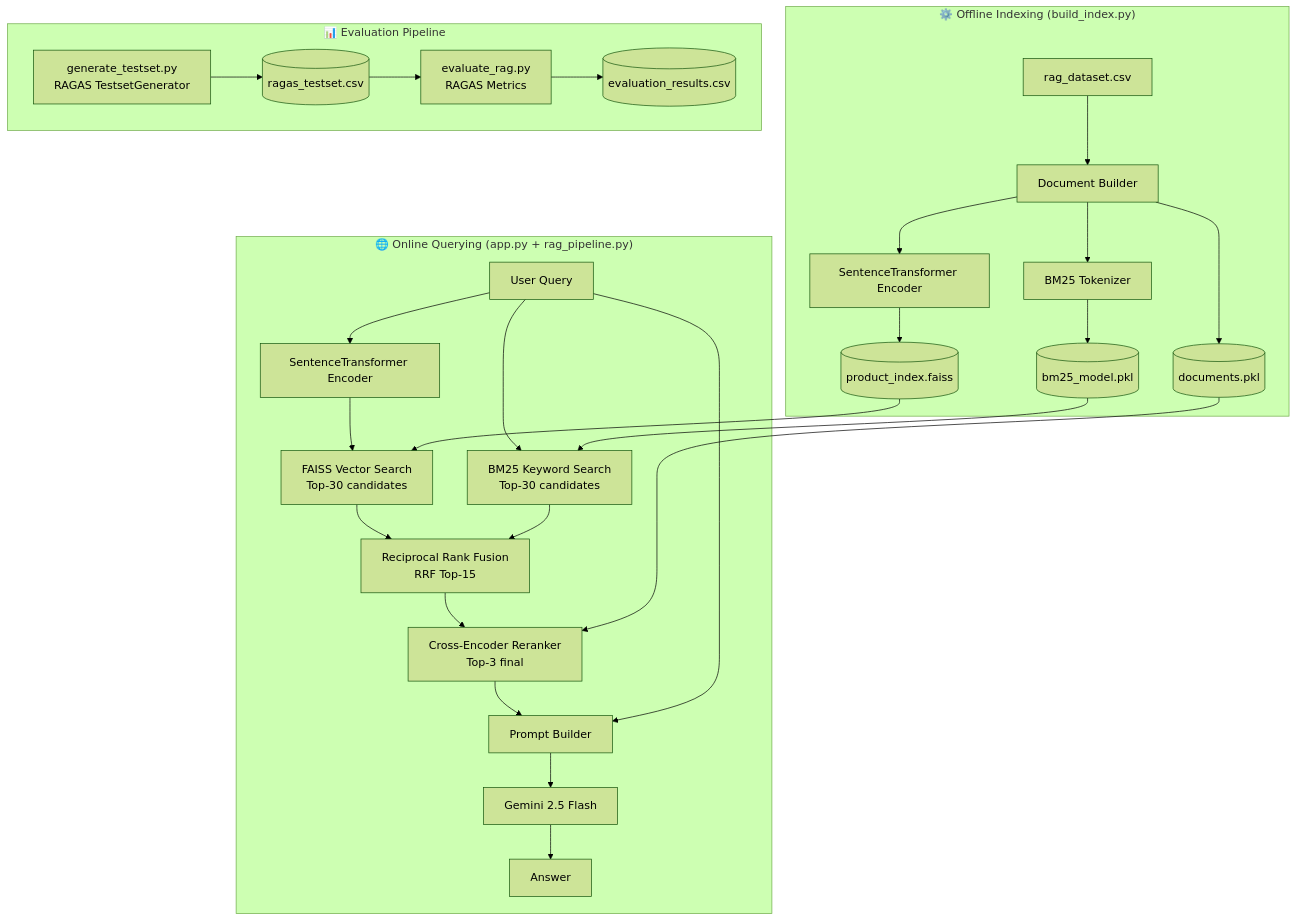
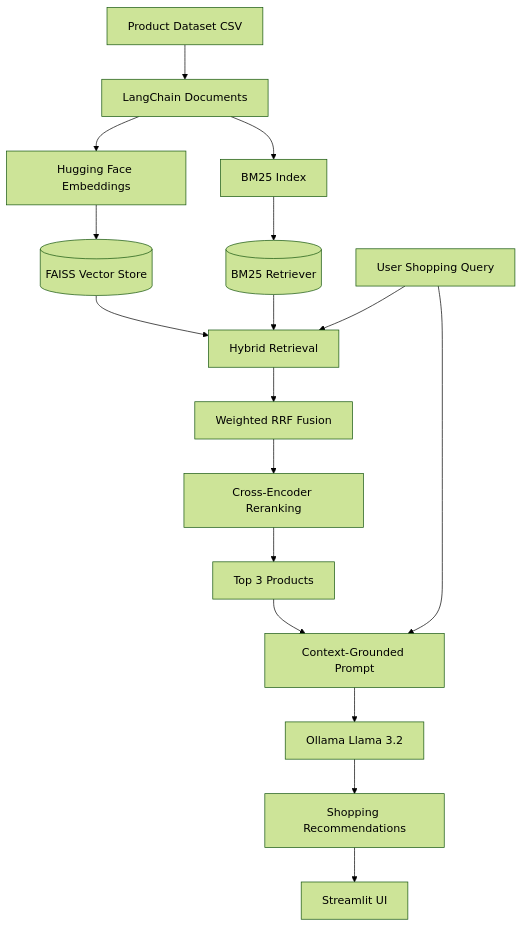
The diagram in README.md (madhu9463/Ai-shopping_assistant), drawn with Mermaid (forest theme) before and after one commit. The commit also changed other lines of this file and 8 other files, not shown here.

````diff
--- a/README.md
+++ b/README.md
@@ -24,34 +30,20 @@
 ```mermaid
 flowchart TD
-    subgraph OFFLINE ["⚙️ Offline Indexing (build_index.py)"]
-        A[rag_dataset.csv] --> B[Document Builder]
-        B --> C[SentenceTransformer Encoder]
-        B --> D[BM25 Tokenizer]
-        C --> E[(product_index.faiss)]
-        D --> F[(bm25_model.pkl)]
-        B --> G[(documents.pkl)]
-    end
+    A[Product Dataset CSV] --> B[LangChain Documents]
+    B --> C[Hugging Face Embeddings]
+    B --> D[BM25 Index]
+    C --> E[(FAISS Vector Store)]
+    D --> F[(BM25 Retriever)]
 
-    subgraph ONLINE ["🌐 Online Querying (app.py + rag_pipeline.py)"]
-        H[User Query] --> I[SentenceTransformer Encoder]
-        I --> J[FAISS Vector Search\nTop-30 candidates]
-        H --> K[BM25 Keyword Search\nTop-30 candidates]
-        J --> L[Reciprocal Rank Fusion\nRRF Top-15]
-        K --> L
-        L --> M[Cross-Encoder Reranker\nTop-3 final]
-        M --> N[Prompt Builder]
-        H --> N
-        N --> O[Gemini 2.5 Flash]
-        O --> P[Answer]
-    end
-
-    subgraph EVAL ["📊 Evaluation Pipeline"]
-        Q[generate_testset.py\nRAGAS TestsetGenerator] --> R[(ragas_testset.csv)]
-        R --> S[evaluate_rag.py\nRAGAS Metrics]
-        S --> T[(evaluation_results.csv)]
-    end
-
-    E --> J
-    F --> K
-    G --> M
+    Q[User Shopping Query] --> G[Hybrid Retrieval]
+    E --> G
+    F --> G
+    G --> H[Weighted RRF Fusion]
+    H --> I[Cross-Encoder Reranking]
+    I --> J[Top 3 Products]
+    J --> K[Context-Grounded Prompt]
+    Q --> K
+    K --> L[Ollama Llama 3.2]
+    L --> M[Shopping Recommendations]
+    M --> N[Streamlit UI]
 ```
````
